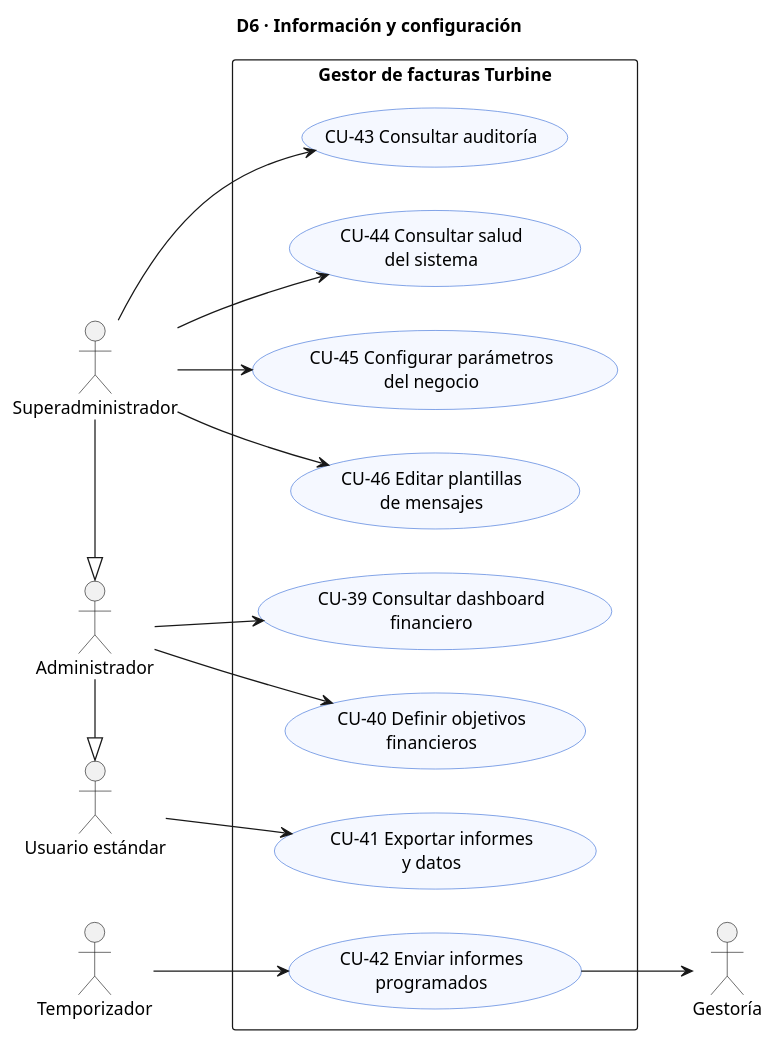
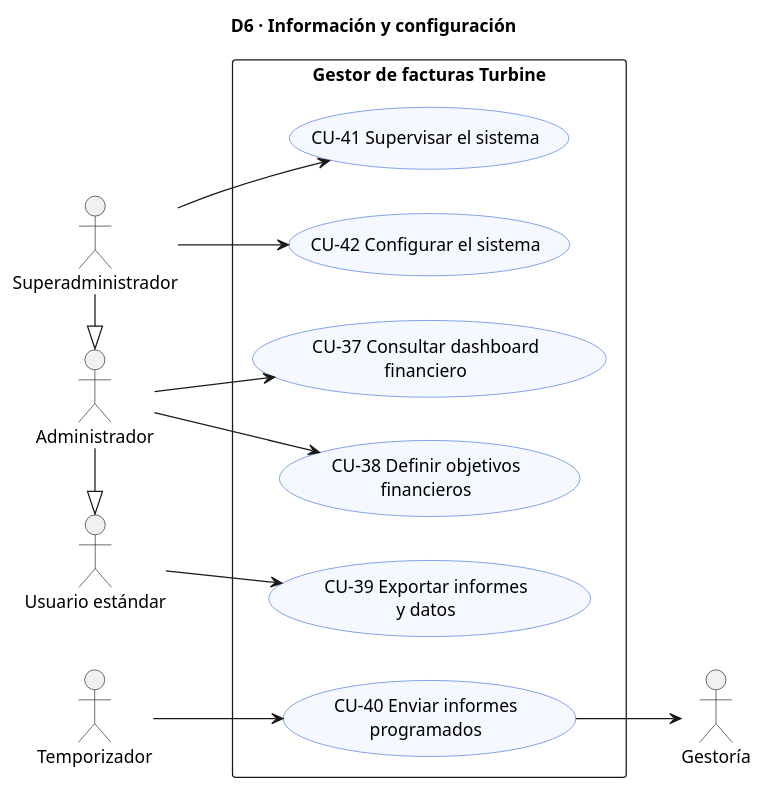
One commit to ItsYous3fBro/turbine_ADAP changed the diagram in docs/Finales/PUML casos de uso/DiagramaCU_D6_Control.puml. Above: the diagram before and after it, drawn with PlantUML. The commit also changed 11 other files, not shown here.

```diff
--- a/docs/Finales/PUML casos de uso/DiagramaCU_D6_Control.puml
+++ b/docs/Finales/PUML casos de uso/DiagramaCU_D6_Control.puml
@@ -1,41 +1,37 @@
 @startuml DiagramaCU_D6_Control
 title D6 · Información y configuración
 left to right direction
 skinparam shadowing false
 skinparam packageStyle rectangle
 skinparam usecase {
   BackgroundColor #F5F8FF
   BorderColor #3B6FD8
 }
 skinparam note {
   BackgroundColor #FFFBE6
   BorderColor #C9B458
 }
 actor "Usuario estándar" as US
 actor "Administrador" as AD
 actor "Superadministrador" as SA
 actor "Temporizador" as TM
 actor "Gestoría" as GE
 AD -|> US
 SA -|> AD
 
 rectangle "Gestor de facturas Turbine" {
-  usecase "CU-39 Consultar dashboard\nfinanciero" as CU39
-  usecase "CU-40 Definir objetivos\nfinancieros" as CU40
-  usecase "CU-41 Exportar informes\ny datos" as CU41
-  usecase "CU-42 Enviar informes\nprogramados" as CU42
-  usecase "CU-43 Consultar auditoría" as CU43
-  usecase "CU-44 Consultar salud\ndel sistema" as CU44
-  usecase "CU-45 Configurar parámetros\ndel negocio" as CU45
-  usecase "CU-46 Editar plantillas\nde mensajes" as CU46
+  usecase "CU-37 Consultar dashboard\nfinanciero" as CU37
+  usecase "CU-38 Definir objetivos\nfinancieros" as CU38
+  usecase "CU-39 Exportar informes\ny datos" as CU39
+  usecase "CU-40 Enviar informes\nprogramados" as CU40
+  usecase "CU-41 Supervisar el sistema" as CU41
+  usecase "CU-42 Configurar el sistema" as CU42
 }
-US --> CU41
-AD --> CU39
-AD --> CU40
-TM --> CU42
-CU42 --> GE
-SA --> CU43
-SA --> CU44
-SA --> CU45
-SA --> CU46
+US --> CU39
+AD --> CU37
+AD --> CU38
+TM --> CU40
+CU40 --> GE
+SA --> CU41
+SA --> CU42
 @enduml
```
